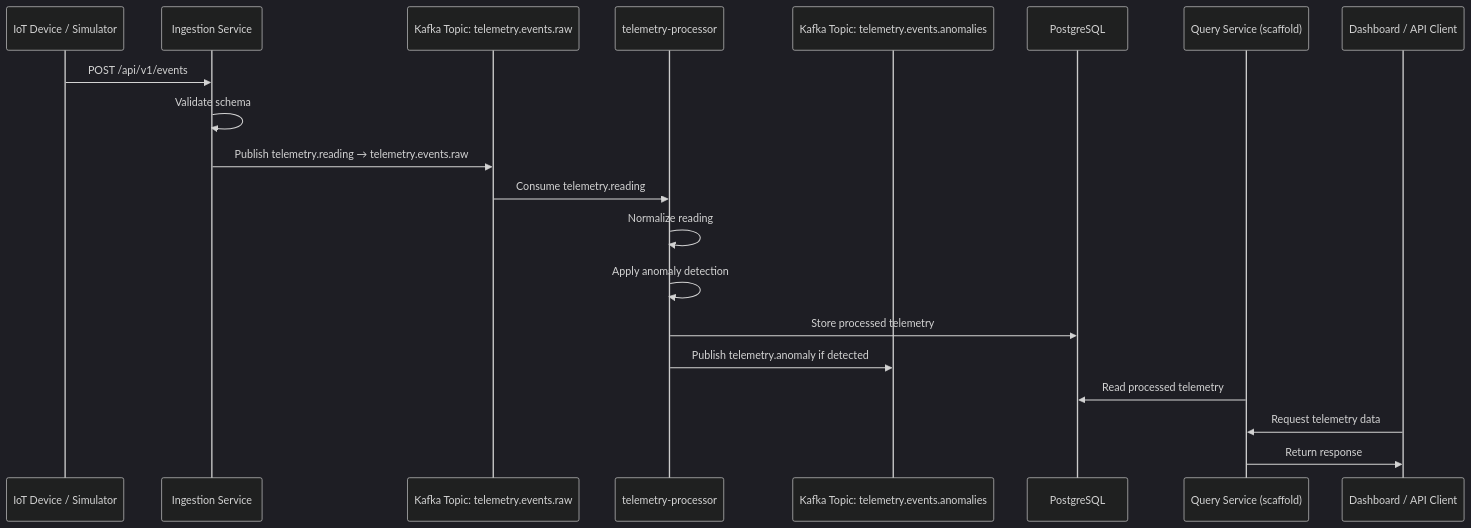
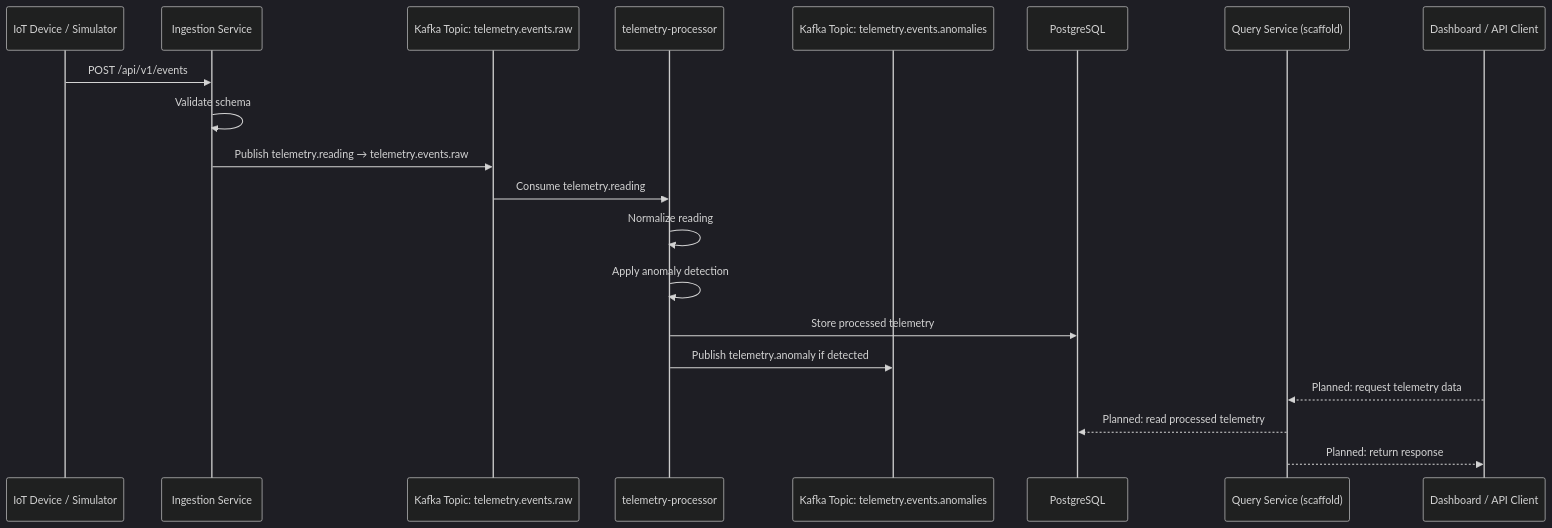
The diagram in docs/diagrams/event-flow.md (ME-Massine/pulsestream), drawn with Mermaid (dark theme) before and after one commit. The commit also changed 11 other files, not shown here.

````diff
--- a/docs/diagrams/event-flow.md
+++ b/docs/diagrams/event-flow.md
@@ -5,23 +5,23 @@
 ```mermaid
 sequenceDiagram
     participant Device as IoT Device / Simulator
     participant Ingestion as Ingestion Service
     participant Kafka as Kafka Topic: telemetry.events.raw
     participant Processor as telemetry-processor
     participant Anomalies as Kafka Topic: telemetry.events.anomalies
     participant DB as PostgreSQL
     participant Query as Query Service (scaffold)
     participant Dashboard as Dashboard / API Client
 
     Device->>Ingestion: POST /api/v1/events
     Ingestion->>Ingestion: Validate schema
     Ingestion->>Kafka: Publish telemetry.reading → telemetry.events.raw
     Kafka->>Processor: Consume telemetry.reading
     Processor->>Processor: Normalize reading
     Processor->>Processor: Apply anomaly detection
     Processor->>DB: Store processed telemetry
     Processor->>Anomalies: Publish telemetry.anomaly if detected
-    Query->>DB: Read processed telemetry
-    Dashboard->>Query: Request telemetry data
-    Query->>Dashboard: Return response
+    Dashboard-->>Query: Planned: request telemetry data
+    Query-->>DB: Planned: read processed telemetry
+    Query-->>Dashboard: Planned: return response
 ```
````
